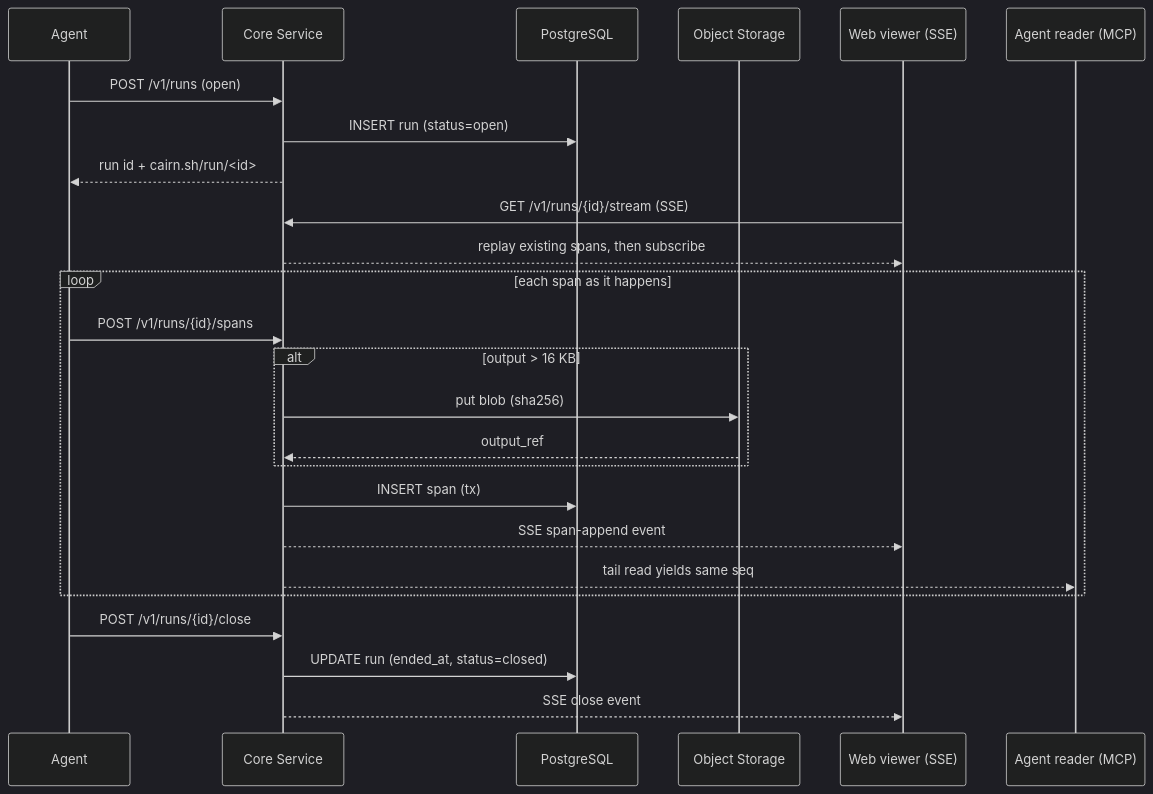
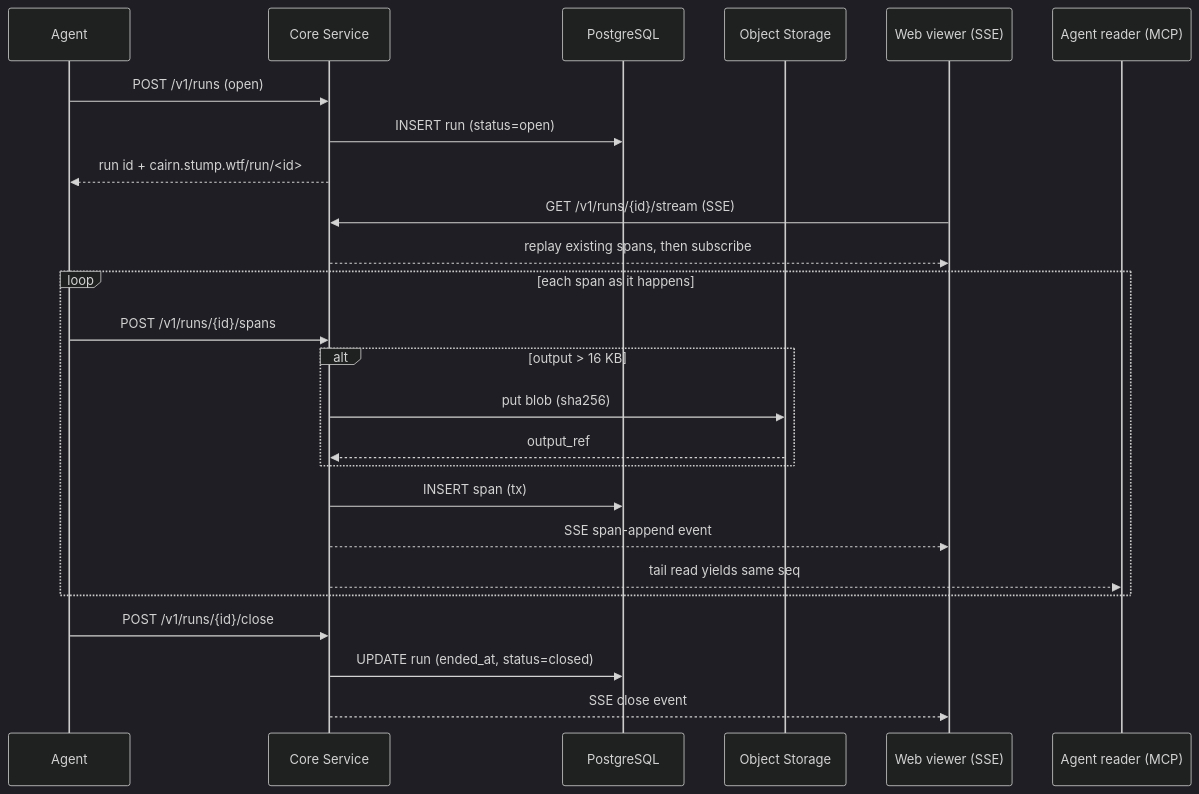
One commit to stump-wtf/cairn changed the second of 2 diagrams in docs/openspec/specs/trajectory-share/design.md. Above: the diagram before and after it, drawn with Mermaid (dark theme). The commit also changed 20 other files, not shown here.

````diff
--- a/docs/openspec/specs/trajectory-share/design.md
+++ b/docs/openspec/specs/trajectory-share/design.md
@@ -223,28 +223,28 @@
 ```mermaid
 sequenceDiagram
     participant Agent
     participant Core as Core Service
     participant DB as PostgreSQL
     participant OS as Object Storage
     participant Web as Web viewer (SSE)
     participant MCP as Agent reader (MCP)
 
     Agent->>Core: POST /v1/runs (open)
     Core->>DB: INSERT run (status=open)
-    Core-->>Agent: run id + cairn.sh/run/<id>
+    Core-->>Agent: run id + cairn.stump.wtf/run/<id>
     Web->>Core: GET /v1/runs/{id}/stream (SSE)
     Core-->>Web: replay existing spans, then subscribe
     loop each span as it happens
         Agent->>Core: POST /v1/runs/{id}/spans
         alt output > 16 KB
             Core->>OS: put blob (sha256)
             OS-->>Core: output_ref
         end
         Core->>DB: INSERT span (tx)
         Core-->>Web: SSE span-append event
         Core-->>MCP: tail read yields same seq
     end
     Agent->>Core: POST /v1/runs/{id}/close
     Core->>DB: UPDATE run (ended_at, status=closed)
     Core-->>Web: SSE close event
 ```
````
